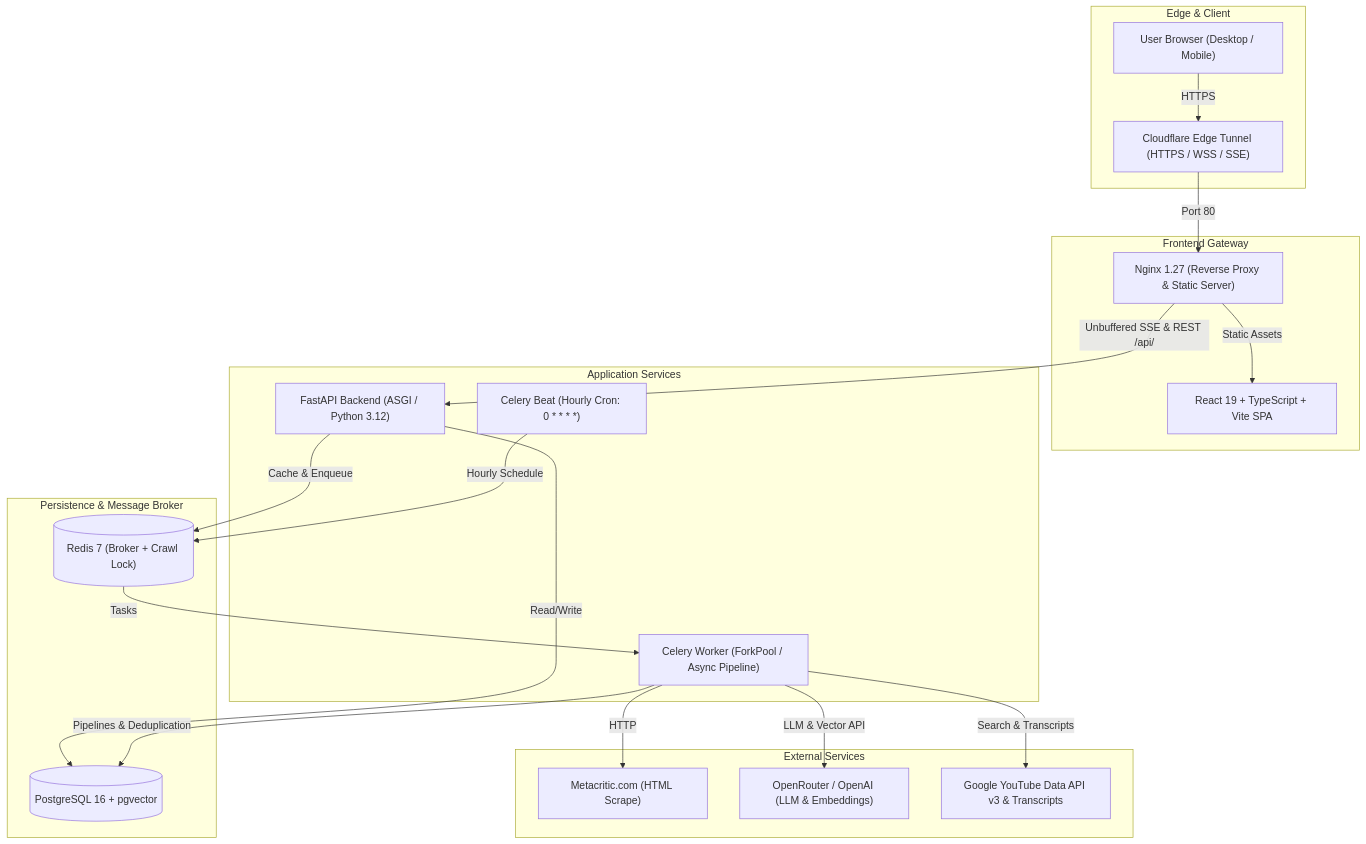
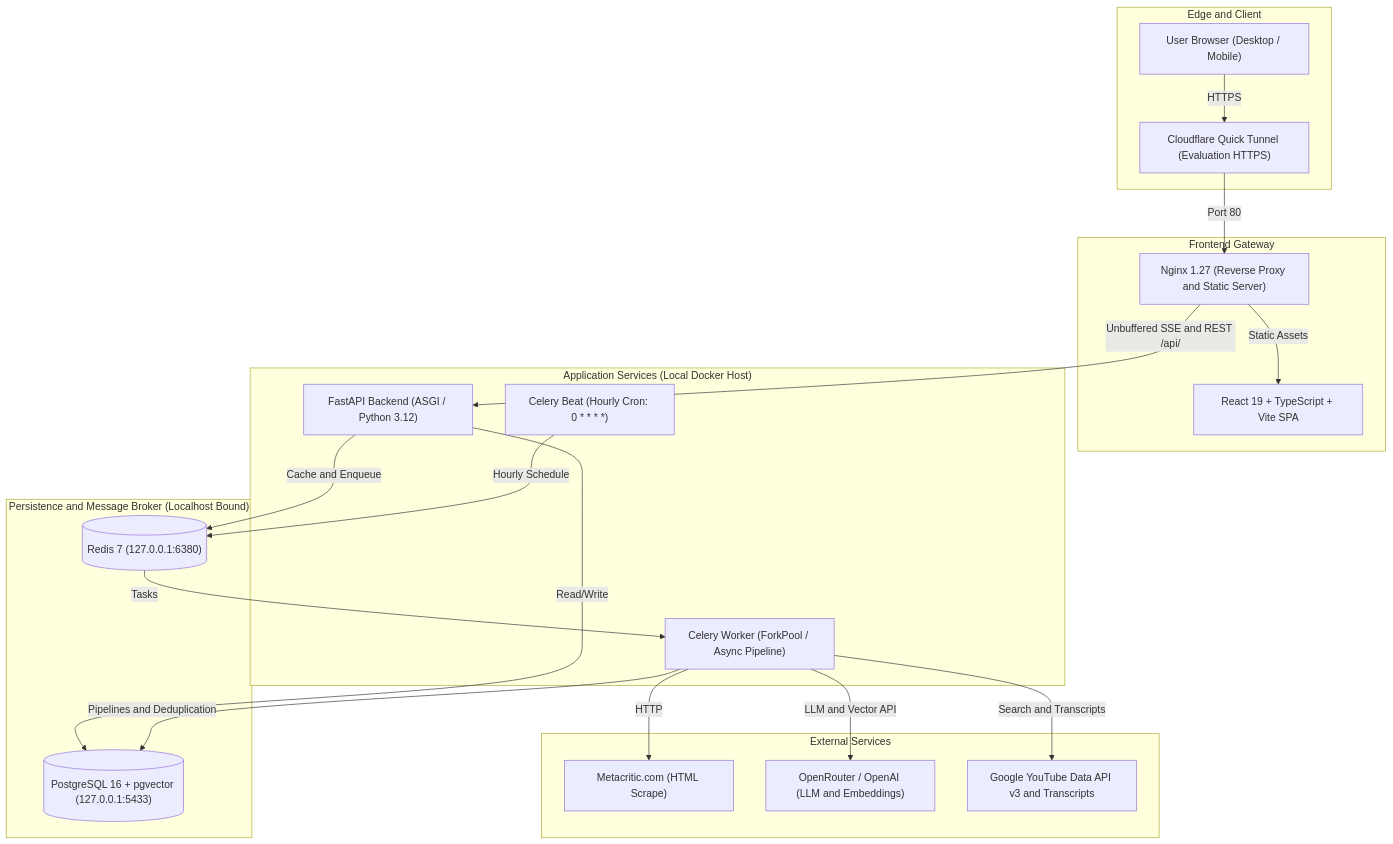
The diagram in README.md (mikheooo/metacritic), drawn with Mermaid before and after one commit. The commit also changed other lines of this file and 4 other files, not shown here.

````diff
--- a/README.md
+++ b/README.md
@@ -51,42 +53,42 @@
 ```mermaid
 flowchart TD
-    subgraph ClientLayer["Edge & Client"]
+    subgraph ClientLayer["Edge and Client"]
         Browser["User Browser (Desktop / Mobile)"]
-        CF["Cloudflare Edge Tunnel (HTTPS / WSS / SSE)"]
+        CF["Cloudflare Quick Tunnel (Evaluation HTTPS)"]
     end
 
     subgraph ReverseProxy["Frontend Gateway"]
-        Nginx["Nginx 1.27 (Reverse Proxy & Static Server)"]
+        Nginx["Nginx 1.27 (Reverse Proxy and Static Server)"]
         ReactSPA["React 19 + TypeScript + Vite SPA"]
     end
 
-    subgraph BackendApp["Application Services"]
+    subgraph BackendApp["Application Services (Local Docker Host)"]
         FastAPI["FastAPI Backend (ASGI / Python 3.12)"]
         CeleryWorker["Celery Worker (ForkPool / Async Pipeline)"]
         CeleryBeat["Celery Beat (Hourly Cron: 0 * * * *)"]
     end
 
-    subgraph DataLayer["Persistence & Message Broker"]
-        Postgres[("PostgreSQL 16 + pgvector")]
-        Redis[("Redis 7 (Broker + Crawl Lock)")]
+    subgraph DataLayer["Persistence and Message Broker (Localhost Bound)"]
+        Postgres[("PostgreSQL 16 + pgvector (127.0.0.1:5433)")]
+        Redis[("Redis 7 (127.0.0.1:6380)")]
     end
 
     subgraph ExternalAPIs["External Services"]
         Metacritic["Metacritic.com (HTML Scrape)"]
-        OpenRouter["OpenRouter / OpenAI (LLM & Embeddings)"]
-        YouTube["Google YouTube Data API v3 & Transcripts"]
+        OpenRouter["OpenRouter / OpenAI (LLM and Embeddings)"]
+        YouTube["Google YouTube Data API v3 and Transcripts"]
     end
 
     Browser -->|HTTPS| CF
     CF -->|Port 80| Nginx
     Nginx -->|Static Assets| ReactSPA
-    Nginx -->|Unbuffered SSE & REST /api/| FastAPI
+    Nginx -->|Unbuffered SSE and REST /api/| FastAPI
     FastAPI -->|Read/Write| Postgres
-    FastAPI -->|Cache & Enqueue| Redis
+    FastAPI -->|Cache and Enqueue| Redis
     CeleryBeat -->|Hourly Schedule| Redis
     Redis -->|Tasks| CeleryWorker
-    CeleryWorker -->|Pipelines & Deduplication| Postgres
+    CeleryWorker -->|Pipelines and Deduplication| Postgres
     CeleryWorker -->|HTTP| Metacritic
-    CeleryWorker -->|LLM & Vector API| OpenRouter
-    CeleryWorker -->|Search & Transcripts| YouTube
+    CeleryWorker -->|LLM and Vector API| OpenRouter
+    CeleryWorker -->|Search and Transcripts| YouTube
 ```
````
